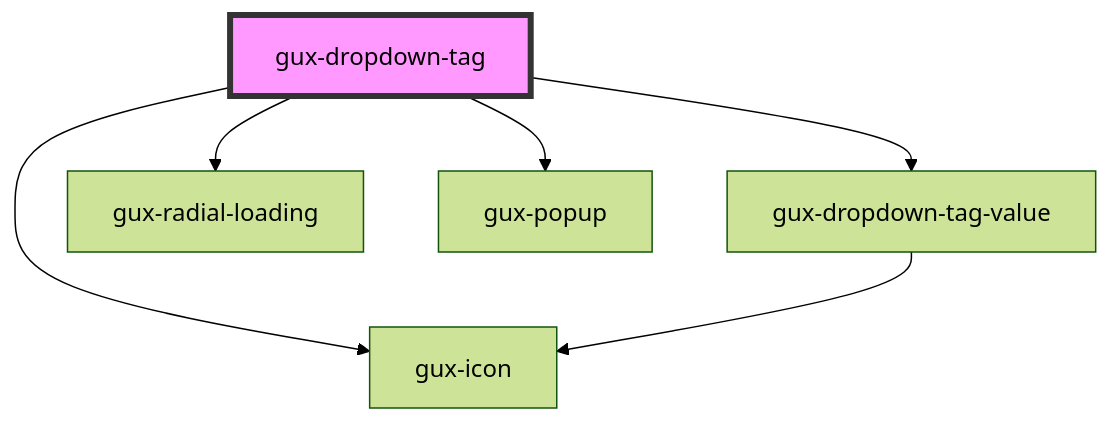
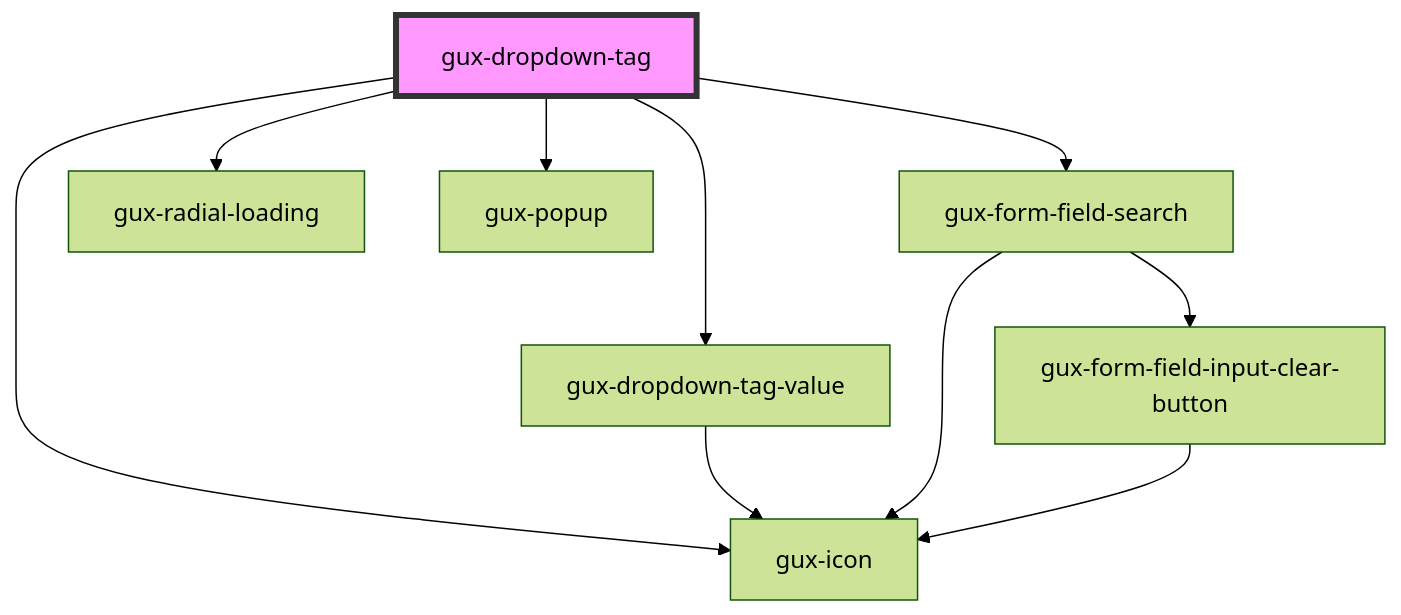
The diagram in src/components/beta/gux-dropdown-tag/readme.md (sonaliGenesys/genesys-webcomponents), drawn with Mermaid (forest theme) before and after one commit. The commit also changed other lines of this file and 5 other files, not shown here.

````diff
--- a/src/components/beta/gux-dropdown-tag/readme.md
+++ b/src/components/beta/gux-dropdown-tag/readme.md
@@ -58,9 +61,13 @@
 ```mermaid
 graph TD;
   gux-dropdown-tag --> gux-dropdown-tag-value
+  gux-dropdown-tag --> gux-form-field-search
   gux-dropdown-tag --> gux-icon
   gux-dropdown-tag --> gux-radial-loading
   gux-dropdown-tag --> gux-popup
   gux-dropdown-tag-value --> gux-icon
+  gux-form-field-search --> gux-icon
+  gux-form-field-search --> gux-form-field-input-clear-button
+  gux-form-field-input-clear-button --> gux-icon
   style gux-dropdown-tag fill:#f9f,stroke:#333,stroke-width:4px
 ```
````
